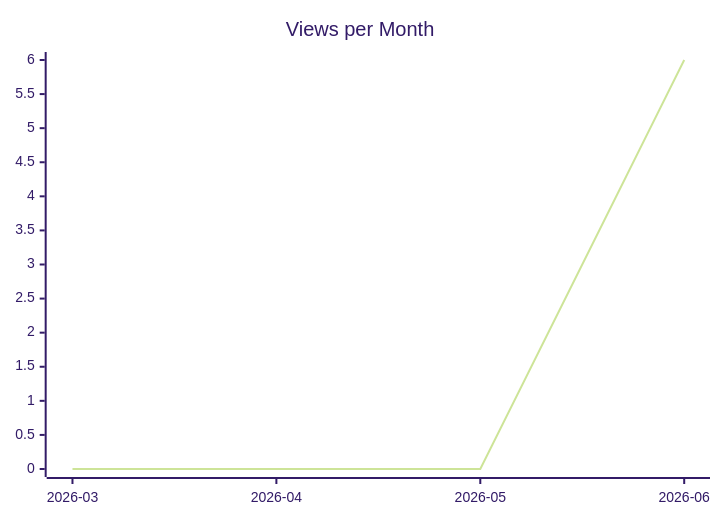
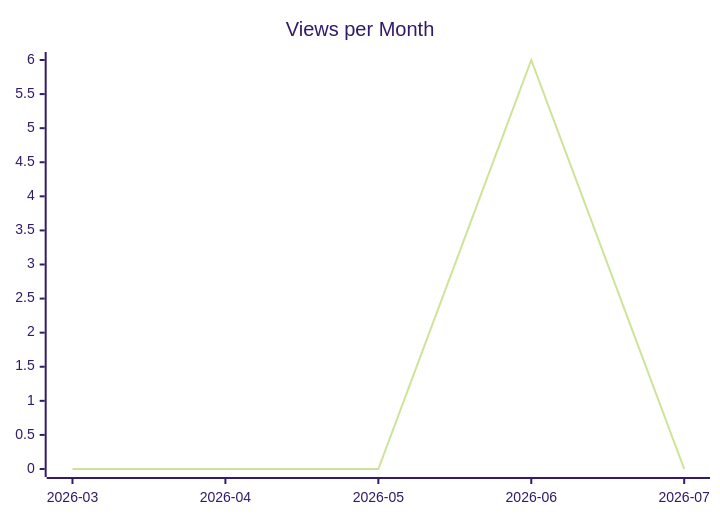
Before and after one commit to justdavis-family/github-analytics-data: the second of 3 diagrams in karlmdavis/ansible-role-ldap/README.md, drawn with Mermaid (forest theme). The commit also changed other lines of this file and 199 other files, not shown here.

````diff
--- a/karlmdavis/ansible-role-ldap/README.md
+++ b/karlmdavis/ansible-role-ldap/README.md
@@ -12,6 +12,6 @@
 ```mermaid
 xychart-beta
   title "Views per Month"
-  x-axis ["2026-03", "2026-04", "2026-05", "2026-06"]
-  line [0, 0, 0, 6]
+  x-axis ["2026-03", "2026-04", "2026-05", "2026-06", "2026-07"]
+  line [0, 0, 0, 6, 0]
 ```
````
